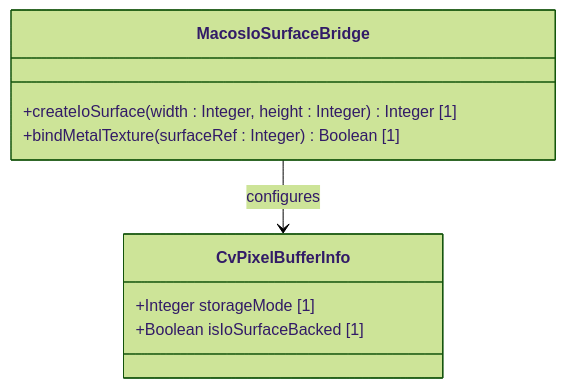
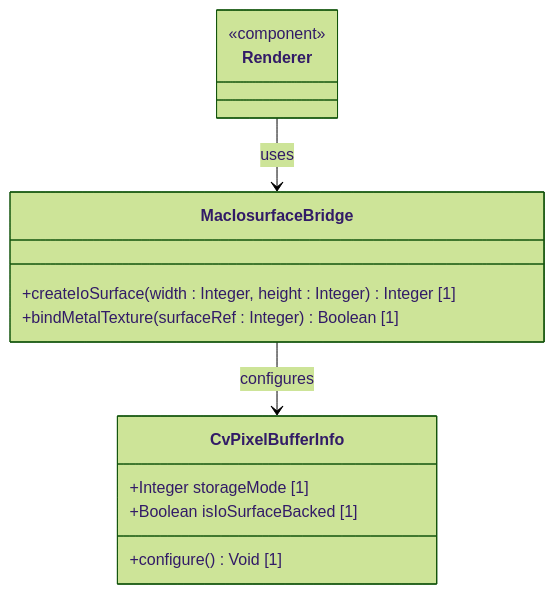
One commit to gintatkinson/3dgs-phoenix changed the diagram in docs/features/feat-48-macos-iosurface-interop.md. Above: the diagram before and after it, drawn with Mermaid (forest theme). The commit also changed 6 other files, not shown here.

Commit message:
docs: resolve UML compliance violations for features 45-50

````diff
--- a/docs/features/feat-48-macos-iosurface-interop.md
+++ b/docs/features/feat-48-macos-iosurface-interop.md
@@ -19,13 +19,18 @@
 ```mermaid
 classDiagram
-    class MacosIoSurfaceBridge {
+    class Renderer {
+        <<component>>
+    }
+    class MacIosurfaceBridge {
         +createIoSurface(width : Integer, height : Integer) Integer [1]
         +bindMetalTexture(surfaceRef : Integer) Boolean [1]
     }
     class CvPixelBufferInfo {
         +Integer storageMode [1]
         +Boolean isIoSurfaceBacked [1]
+        +configure() Void [1]
     }
 
-    MacosIoSurfaceBridge --> CvPixelBufferInfo : configures
+    Renderer --> MacIosurfaceBridge : uses
+    MacIosurfaceBridge --> CvPixelBufferInfo : configures
 ```
````
